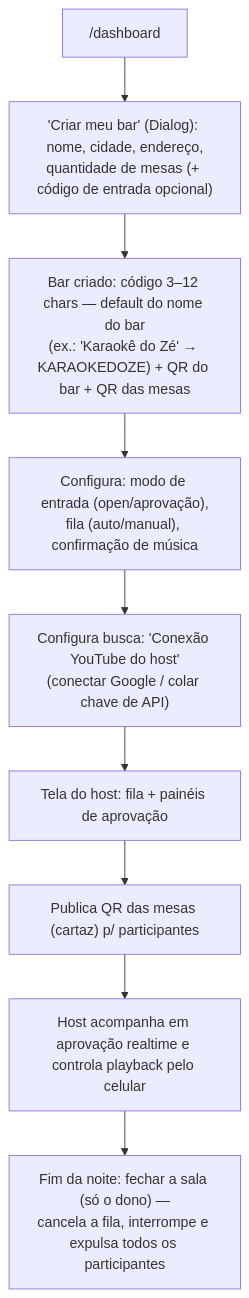
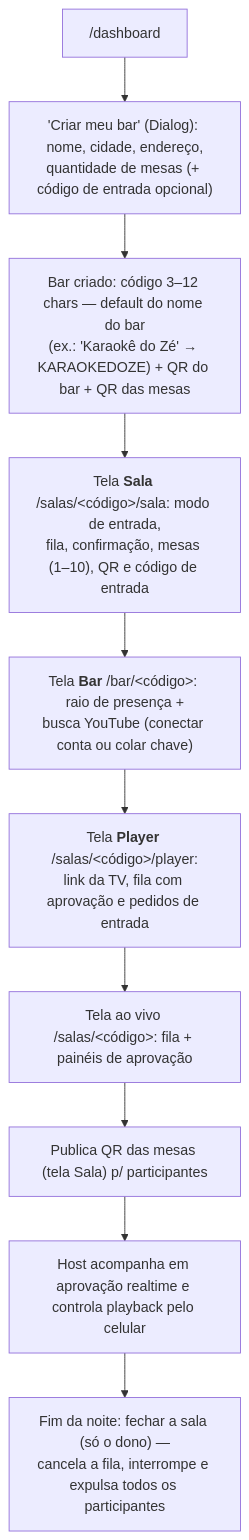
Before and after one commit to cavalcanteprofissional/karaoke-flow: the second of 8 diagrams in docs/flows/fluxos-do-usuario.md, drawn with Mermaid. The commit also changed other lines of this file and 34 other files, not shown here.

First line of the commit message:
feat(config): 4 telas do host (player/sala/pulseiras/bar) e o host pedindo musica

````diff
--- a/docs/flows/fluxos-do-usuario.md
+++ b/docs/flows/fluxos-do-usuario.md
@@ -37,11 +37,12 @@
 ```mermaid
 flowchart TD
     A["/dashboard"] --> B["'Criar meu bar' (Dialog): nome, cidade, endereço,<br/>quantidade de mesas (+ código de entrada opcional)"]
     B --> C["Bar criado: código 3–12 chars — default do nome do bar<br/>(ex.: 'Karaokê do Zé' → KARAOKEDOZE) + QR do bar + QR das mesas"]
-    C --> D["Configura: modo de entrada (open/aprovação),<br/>fila (auto/manual), confirmação de música"]
-    D --> D1["Configura busca: 'Conexão YouTube do host'<br/>(conectar Google / colar chave de API)"]
-    D1 --> E["Tela do host: fila + painéis de aprovação"]
-    E --> F["Publica QR das mesas (cartaz) p/ participantes"]
+    C --> D["Tela <b>Sala</b> /salas/&lt;código&gt;/sala: modo de entrada,<br/>fila, confirmação, mesas (1–10), QR e código de entrada"]
+    D --> D1["Tela <b>Bar</b> /bar/&lt;código&gt;: raio de presença +<br/>busca YouTube (conectar conta ou colar chave)"]
+    D1 --> D2["Tela <b>Player</b> /salas/&lt;código&gt;/player:<br/>link da TV, fila com aprovação e pedidos de entrada"]
+    D2 --> E["Tela ao vivo /salas/&lt;código&gt;: fila + painéis de aprovação"]
+    E --> F["Publica QR das mesas (tela Sala) p/ participantes"]
     F --> G["Host acompanha em aprovação realtime e controla playback pelo celular"]
     G --> H["Fim da noite: fechar a sala (só o dono) —<br/>cancela a fila, interrompe e expulsa todos os participantes"]
 ```
````
